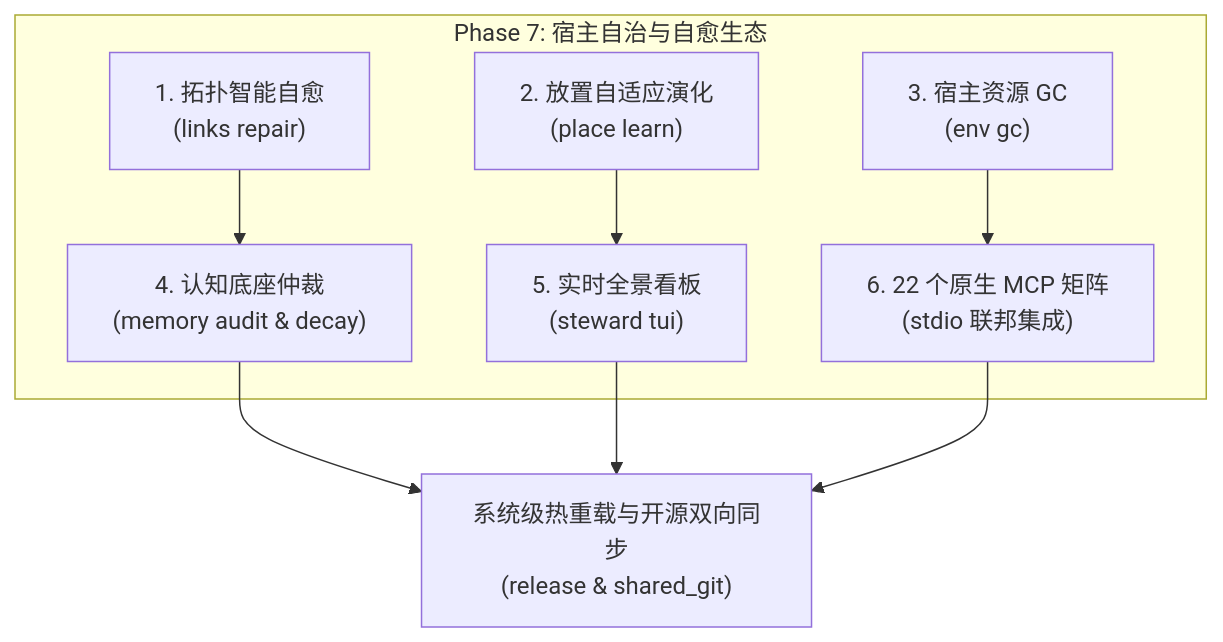
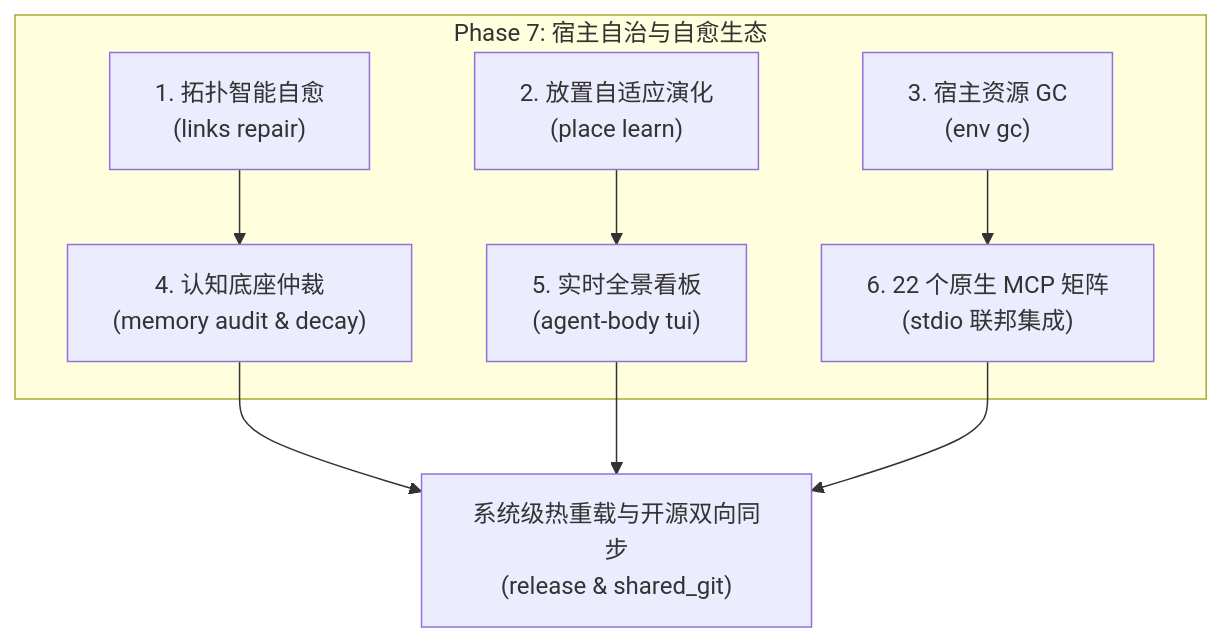
One commit to digoal/agent-body changed the diagram in docs/src_doc/archive/roadmap-phase7.md. Above: the diagram before and after it, drawn with Mermaid. The commit also changed other lines of this file and 214 other files, not shown here.

Commit message:
refactor(naming): unify all legacy names to agent-body and Agent 本体 repo-wide

````diff
--- a/docs/src_doc/archive/roadmap-phase7.md
+++ b/docs/src_doc/archive/roadmap-phase7.md
@@ -18,11 +18,11 @@
 ```mermaid
 flowchart TD
     subgraph P7["Phase 7: 宿主自治与自愈生态"]
         A["1. 拓扑智能自愈<br/>(links repair)"] --> D["4. 认知底座仲裁<br/>(memory audit & decay)"]
-        B["2. 放置自适应演化<br/>(place learn)"] --> E["5. 实时全景看板<br/>(steward tui)"]
+        B["2. 放置自适应演化<br/>(place learn)"] --> E["5. 实时全景看板<br/>(agent-body tui)"]
         C["3. 宿主资源 GC<br/>(env gc)"] --> F["6. 22 个原生 MCP 矩阵<br/>(stdio 联邦集成)"]
     end
     D --> G["系统级热重载与开源双向同步<br/>(release & shared_git)"]
     E --> G
     F --> G
 ```
````
